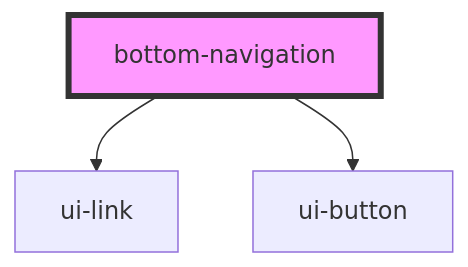
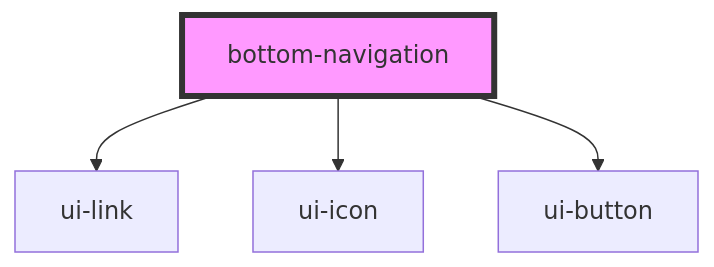
The diagram in src/components/bottom-navigation/readme.md (ankitghanekar-hcl/ui-shared-web-components), drawn with Mermaid before and after one commit. The commit also changed other lines of this file and 18 other files, not shown here.

````diff
--- a/src/components/bottom-navigation/readme.md
+++ b/src/components/bottom-navigation/readme.md
@@ -14,6 +15,7 @@
 ```mermaid
 graph TD;
   bottom-navigation --> ui-link
+  bottom-navigation --> ui-icon
   bottom-navigation --> ui-button
   style bottom-navigation fill:#f9f,stroke:#333,stroke-width:4px
 ```
````
